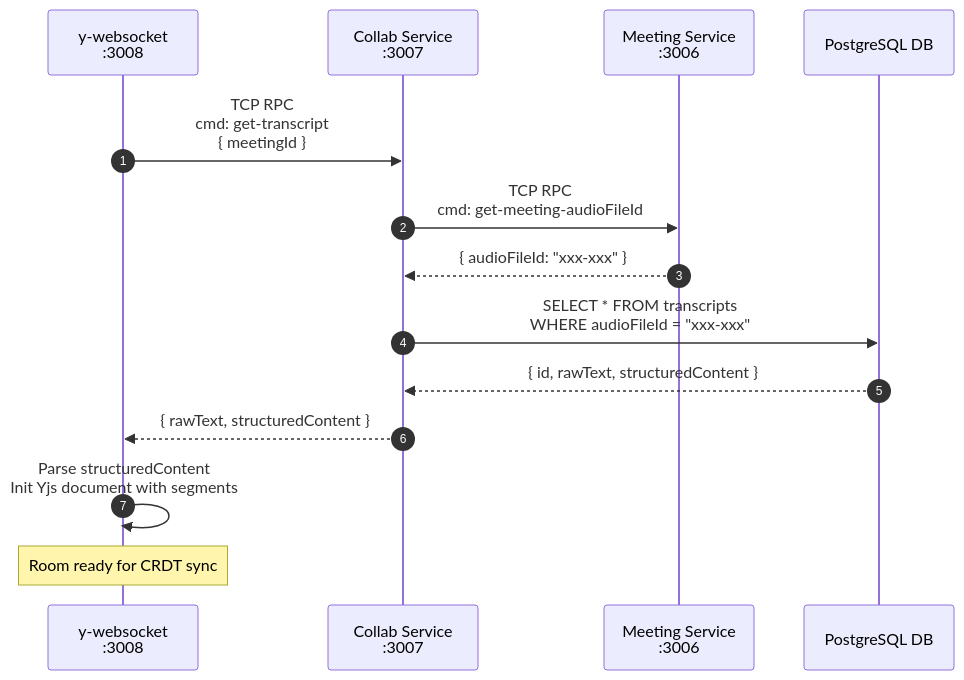
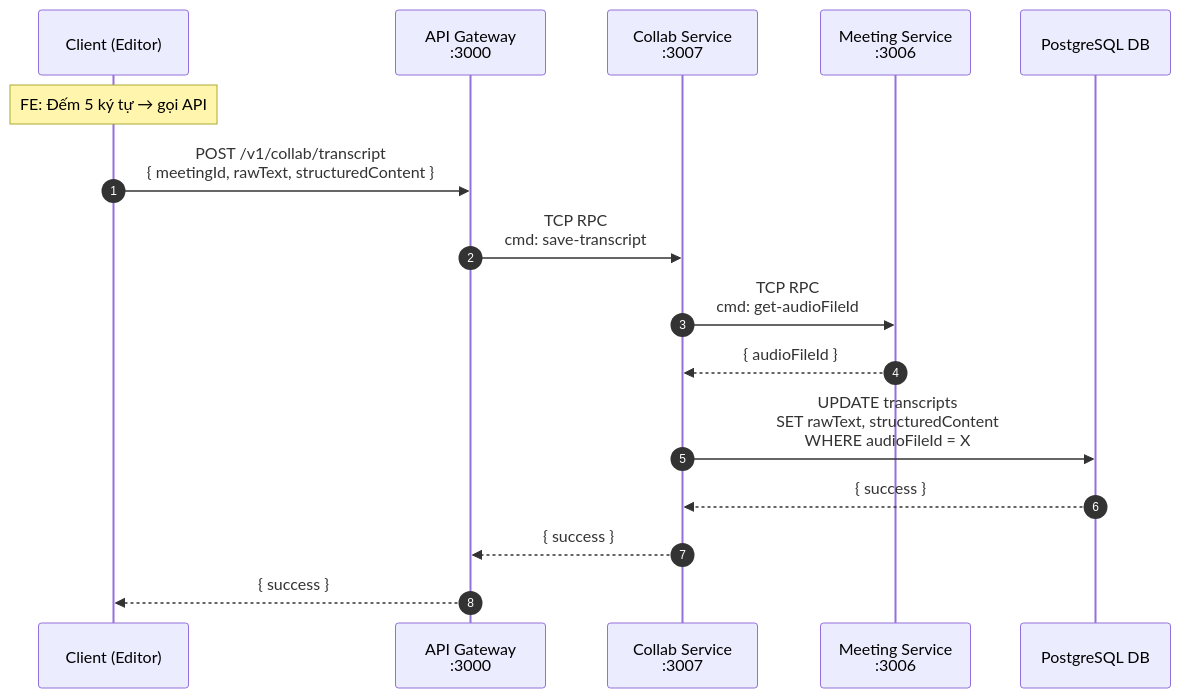
The third of 5 diagrams in documents/ms/collab_service/idea/architecture.md (Yamaaaaaaaa/VDT_miniproject_TranscriptHub), drawn with Mermaid before and after one commit. The commit also changed other lines of this file and 31 other files, not shown here.

Commit message:
Collab Service - microservice code (service  với các api cơ bản, chưa có y-ws server)

````diff
--- a/documents/ms/collab_service/idea/architecture.md
+++ b/documents/ms/collab_service/idea/architecture.md
@@ -181,17 +188,19 @@
 ```mermaid
 sequenceDiagram
     autonumber
-    participant yWS as y-websocket<br/>:3008
+    participant Client as Client (Editor)
+    participant APIGateway as API Gateway<br/>:3000
     participant Collab as Collab Service<br/>:3007
     participant Meeting as Meeting Service<br/>:3006
     participant PG as PostgreSQL DB
 
-    yWS->>Collab: TCP RPC<br/>cmd: get-transcript<br/>{ meetingId }
-    Collab->>Meeting: TCP RPC<br/>cmd: get-meeting-audioFileId
-    Meeting-->>Collab: { audioFileId: "xxx-xxx" }
-    Collab->>PG: SELECT * FROM transcripts<br/>WHERE audioFileId = "xxx-xxx"
-    PG-->>Collab: { id, rawText, structuredContent }
-    Collab-->>yWS: { rawText, structuredContent }
-    yWS->>yWS: Parse structuredContent<br/>Init Yjs document with segments
-    Note over yWS: Room ready for CRDT sync
+    Note over Client: FE: Đếm 5 ký tự → gọi API
+    Client->>APIGateway: POST /v1/collab/transcript<br/>{ meetingId, rawText, structuredContent }
+    APIGateway->>Collab: TCP RPC<br/>cmd: save-transcript
+    Collab->>Meeting: TCP RPC<br/>cmd: get-audioFileId
+    Meeting-->>Collab: { audioFileId }
+    Collab->>PG: UPDATE transcripts<br/>SET rawText, structuredContent<br/>WHERE audioFileId = X
+    PG-->>Collab: { success }
+    Collab-->>APIGateway: { success }
+    APIGateway-->>Client: { success }
 ```
````
